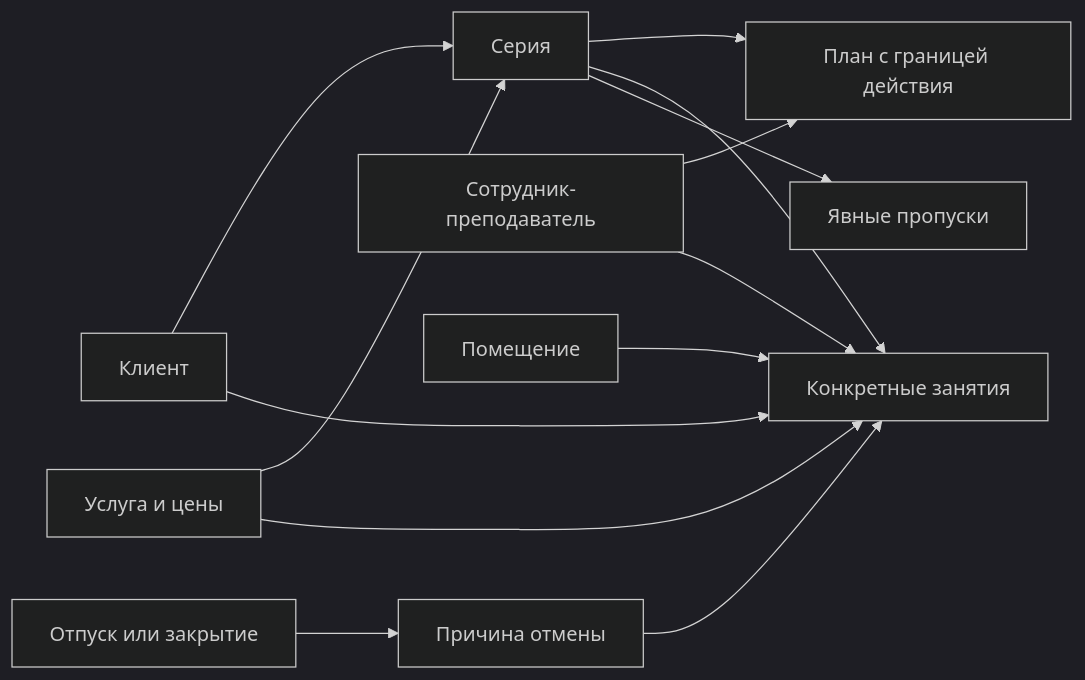
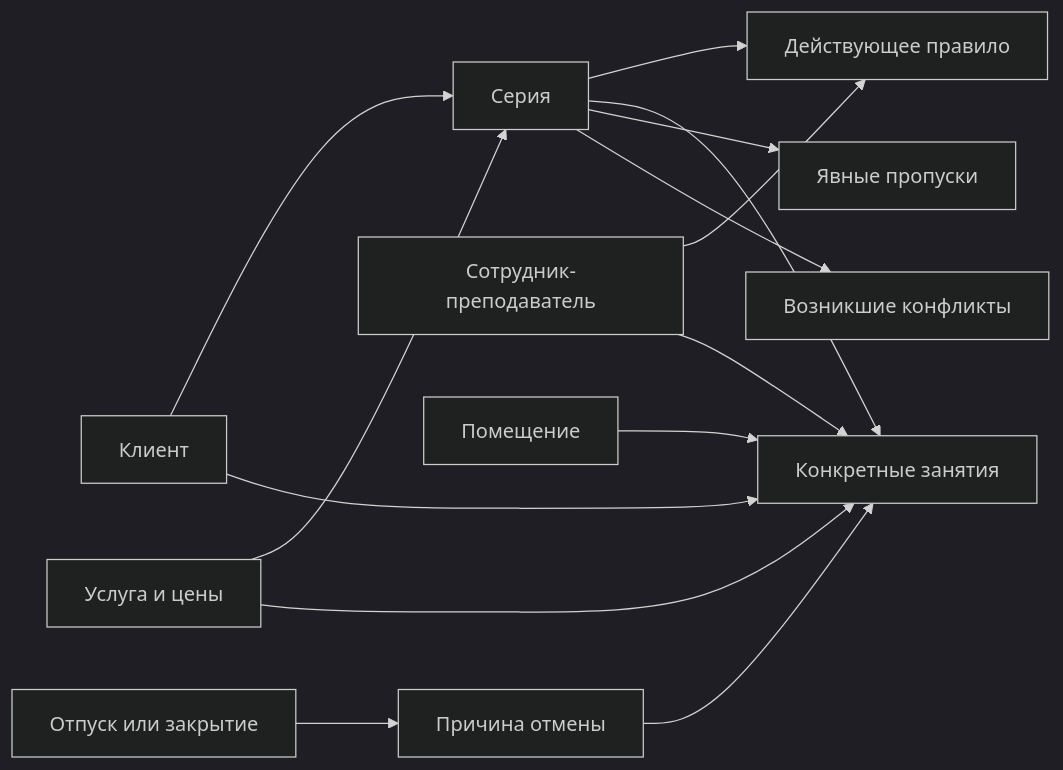
Before and after one commit to dadyarri/MelodyTrack: the diagram in specification/domain.md, drawn with Mermaid (dark theme). The commit also changed other lines of this file and 2 other files, not shown here.

````diff
--- a/specification/domain.md
+++ b/specification/domain.md
@@ -178,15 +178,16 @@
 ```mermaid
 flowchart LR
     Client[Клиент] --> Series[Серия]
-    Series --> Plan[План с границей действия]
+    Series --> Plan[Действующее правило]
     Series --> Lesson[Конкретные занятия]
     Series --> Skip[Явные пропуски]
+    Series --> Conflict[Возникшие конфликты]
     Client --> Lesson
     Service[Услуга и цены] --> Series
     Service --> Lesson
     Staff[Сотрудник-преподаватель] --> Plan
     Staff --> Lesson
     Room[Помещение] --> Lesson
     Absence[Отпуск или закрытие] --> Cause[Причина отмены]
     Cause --> Lesson
 ```
````
